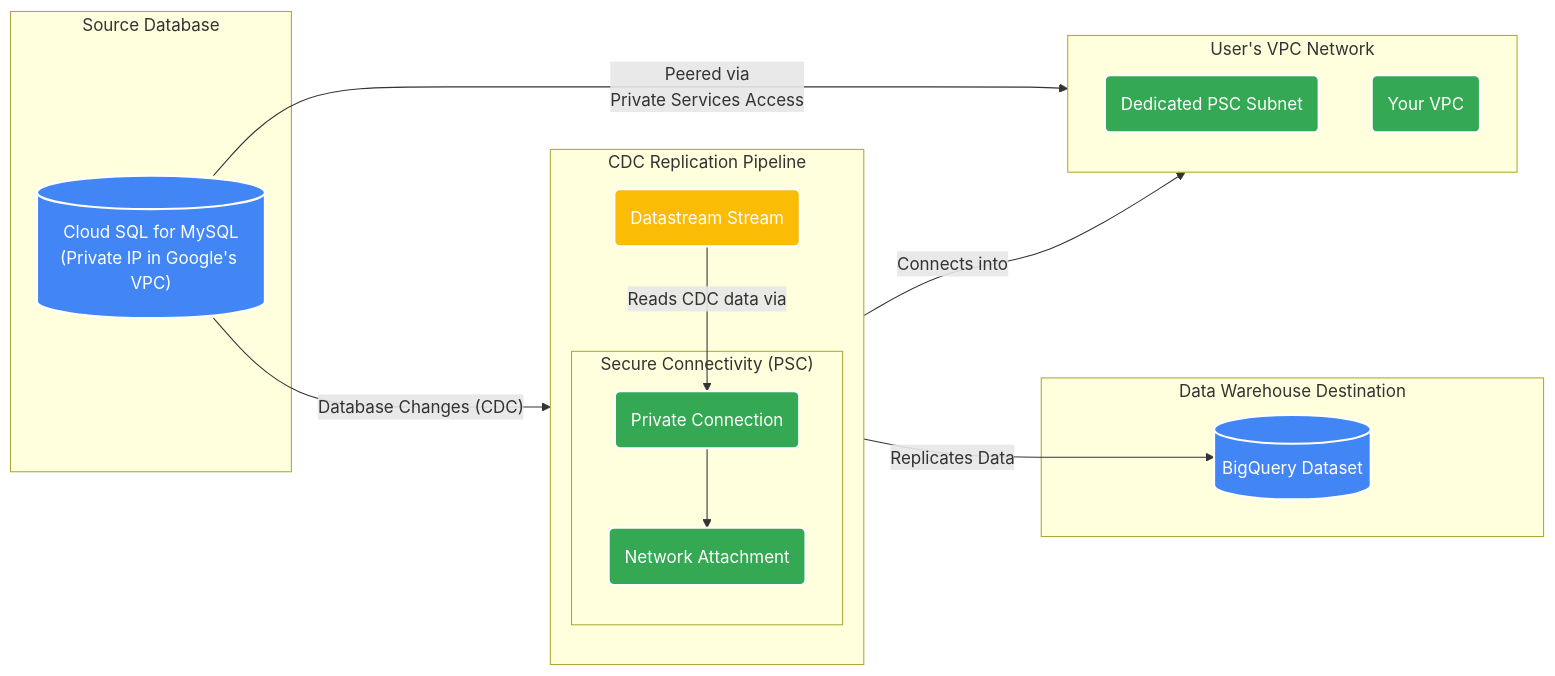
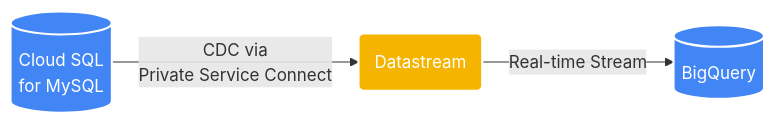
The diagram in README.md (ksmin23/gcp-datastream-cdc-data-pipeline), drawn with Mermaid before and after one commit.

Commit message:
docs: Simplify architecture diagram in README

````diff
--- a/README.md
+++ b/README.md
@@ -9,36 +9,9 @@
 ```mermaid
 graph LR
-    subgraph "Source Database"
-        SQL[("Cloud SQL for MySQL<br/>(Private IP in Google's VPC)")]
-    end
+    A[(Cloud SQL<br/>for MySQL)] --"CDC via<br/>Private Service Connect"--> DS(Datastream)
+    DS --"Real-time Stream"--> BQ[(BigQuery)]
 
-    subgraph "CDC Replication Pipeline"
-        direction TB
-        Stream("Datastream Stream")
-        subgraph "Secure Connectivity (PSC)"
-            PrivConn("Private Connection") --> NetAttach("Network Attachment")
-        end
-        Stream -- "Reads CDC data via" --> PrivConn
-    end
-
-    subgraph "Data Warehouse Destination"
-        BQ_DS[("BigQuery Dataset")]
-    end
-
-    subgraph "User's VPC Network"
-        direction TB
-        NetAttach -- "Connects into" --> PSCSubnet("Dedicated PSC Subnet")
-        SQL -- "Peered via<br/>Private Services Access" --> UserVPC("Your VPC")
-    end
-
-    SQL -- "Database Changes (CDC)" --> Stream
-    Stream -- "Replicates Data" --> BQ_DS
-
-    classDef gcpBlue fill:#4285F4,stroke:#fff,stroke-width:2px,color:#fff;
-    classDef gcpGreen fill:#34A853,stroke:#fff,stroke-width:2px,color:#fff;
-    classDef gcpYellow fill:#FBBC05,stroke:#fff,stroke-width:2px,color:#fff;
-
-    class SQL,BQ_DS gcpBlue
-    class Stream gcpYellow
-    class UserVPC,PSCSubnet,NetAttach,PrivConn gcpGreen
+    style A fill:#4285F4,stroke:#ffffff,stroke-width:2px,color:#ffffff
+    style BQ fill:#4285F4,stroke:#ffffff,stroke-width:2px,color:#ffffff
+    style DS fill:#F4B400,stroke:#ffffff,stroke-width:2px,color:#ffffff
 ```
````
